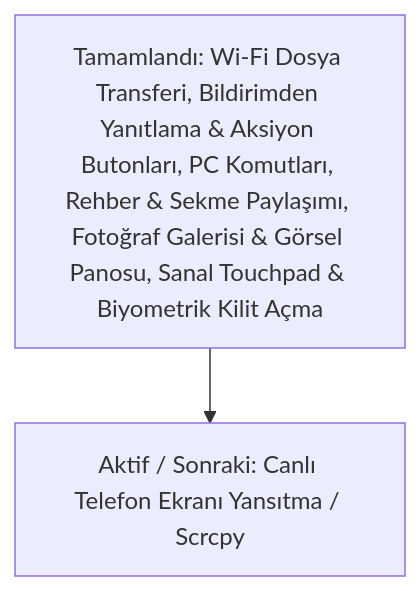
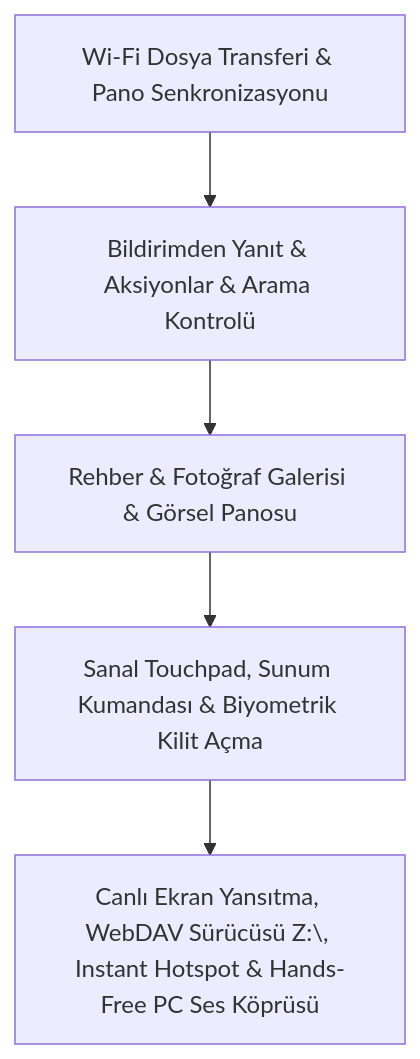
One commit to bysinbin/android-sync changed the diagram in FEATURE_COMPARISON.md. Above: the diagram before and after it, drawn with Mermaid. The commit also changed other lines of this file and 12 other files, not shown here.

Commit message:
feat: implement screen mirroring, WebDAV storage mount, instant hotspot, and hands-free call audio

````diff
--- a/FEATURE_COMPARISON.md
+++ b/FEATURE_COMPARISON.md
@@ -131,4 +131,7 @@
 ```mermaid
 graph TD
-    A[Tamamlandı: Wi-Fi Dosya Transferi, Bildirimden Yanıtlama & Aksiyon Butonları, PC Komutları, Rehber & Sekme Paylaşımı, Fotoğraf Galerisi & Görsel Panosu, Sanal Touchpad & Biyometrik Kilit Açma] --> B[Aktif / Sonraki: Canlı Telefon Ekranı Yansıtma / Scrcpy]
+    A[Wi-Fi Dosya Transferi & Pano Senkronizasyonu] --> B[Bildirimden Yanıt & Aksiyonlar & Arama Kontrolü]
+    B[Bildirimden Yanıt & Aksiyonlar & Arama Kontrolü] --> C[Rehber & Fotoğraf Galerisi & Görsel Panosu]
+    C[Rehber & Fotoğraf Galerisi & Görsel Panosu] --> D[Sanal Touchpad, Sunum Kumandası & Biyometrik Kilit Açma]
+    D[Sanal Touchpad, Sunum Kumandası & Biyometrik Kilit Açma] --> E[Canlı Ekran Yansıtma, WebDAV Sürücüsü Z:\, Instant Hotspot & Hands-Free PC Ses Köprüsü]
 ```
````
